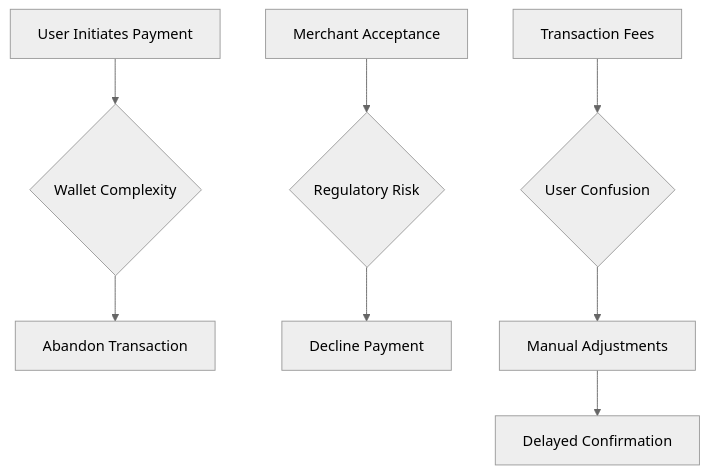
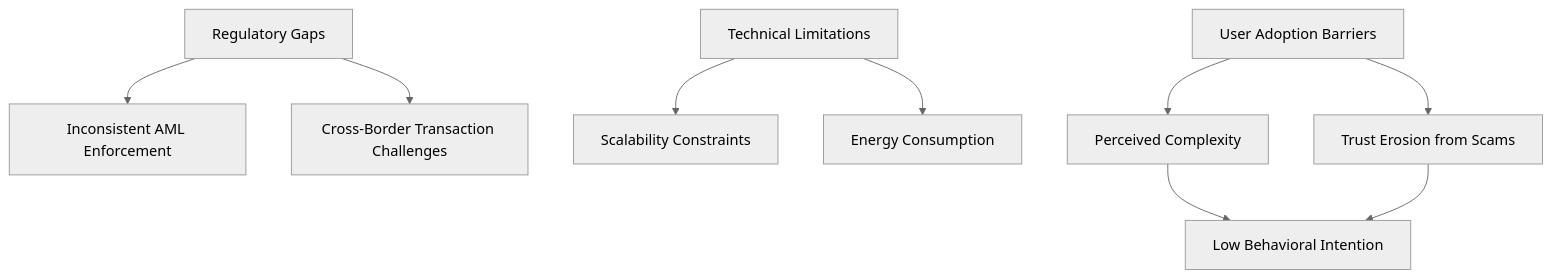
One commit to EAValov/research-engine changed the first of 2 diagrams in Examples/Why Bitcoin still not widely adopted.md. Above: the diagram before and after it, drawn with Mermaid (neutral theme). The commit also changed other lines of this file and 21 other files, not shown here.

````diff
--- a/Examples/Why Bitcoin still not widely adopted.md
+++ b/Examples/Why Bitcoin still not widely adopted.md
@@ -60,10 +19,11 @@
 ```mermaid  
 graph TD  
-    A[User Initiates Payment] --> B{Wallet Complexity}  
-    B --> C[Abandon Transaction]  
-    D[Merchant Acceptance] --> E{Regulatory Risk}  
-    E --> F[Decline Payment]  
-    G[Transaction Fees] --> H{User Confusion}  
-    H --> I[Manual Adjustments]  
-    I --> J[Delayed Confirmation]  
+    A[Regulatory Gaps] --> B[Inconsistent AML Enforcement]  
+    A --> C[Cross-Border Transaction Challenges]  
+    D[Technical Limitations] --> E[Scalability Constraints]  
+    D --> F[Energy Consumption]  
+    G[User Adoption Barriers] --> H[Perceived Complexity]  
+    G --> I[Trust Erosion from Scams]  
+    H --> J[Low Behavioral Intention]  
+    I --> J  
 ```
````
